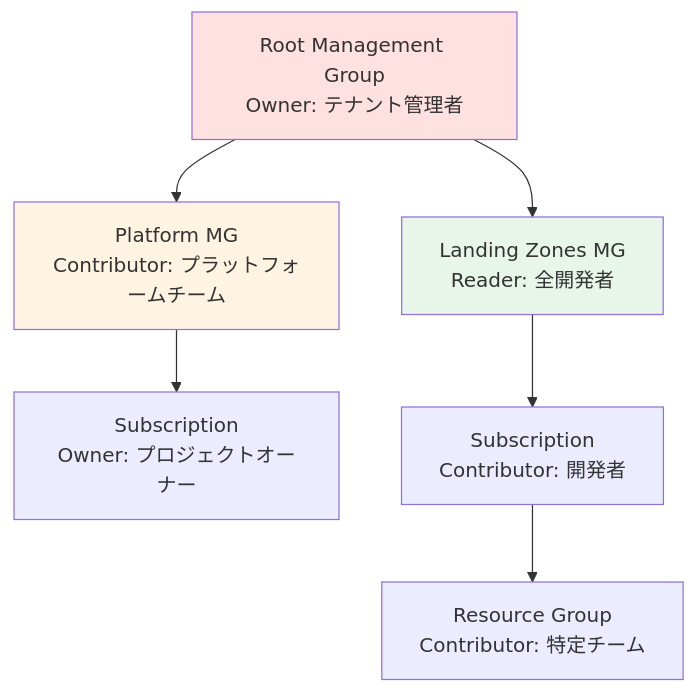
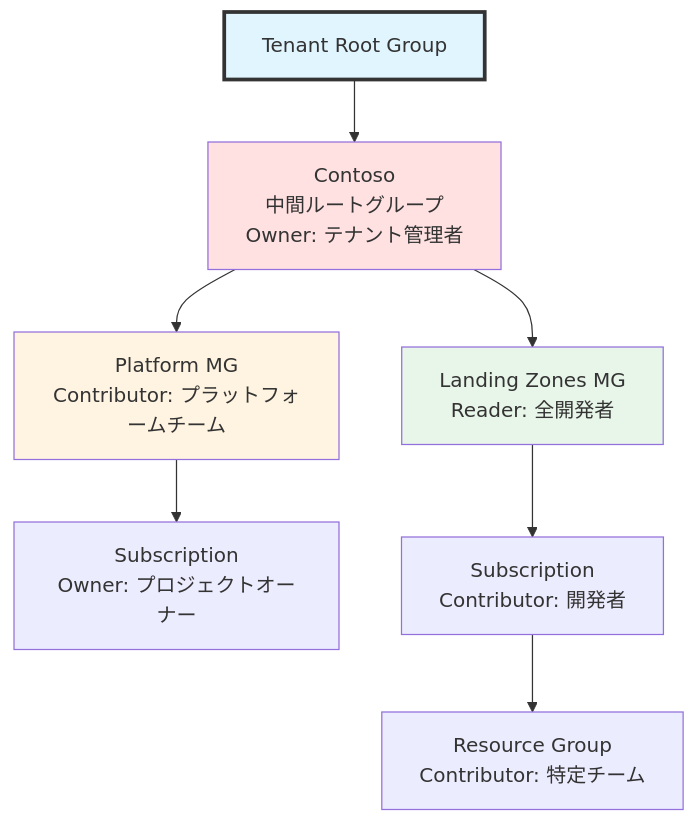
The sixth of 26 diagrams in docs/chapters/chapter03-caf-overview.md (shuhei0720/azure_caf_handson), drawn with Mermaid before and after one commit. The commit also changed other lines of this file and 2 other files, not shown here.

Commit message:
修正: Chapter 3/5/7/18/19の全ての管理グループ階層図とテキストに中間ルートグループを追加

````diff
--- a/docs/chapters/chapter03-caf-overview.md
+++ b/docs/chapters/chapter03-caf-overview.md
@@ -159,23 +159,26 @@
 ```mermaid
 graph TB
-    Root[Root Management Group<br/>Owner: テナント管理者]
+    Root[Tenant Root Group]
+    IntermediateRoot[Contoso<br/>中間ルートグループ<br/>Owner: テナント管理者]
     Platform[Platform MG<br/>Contributor: プラットフォームチーム]
     LZ[Landing Zones MG<br/>Reader: 全開発者]
 
-    Root --> Platform
-    Root --> LZ
+    Root --> IntermediateRoot
+    IntermediateRoot --> Platform
+    IntermediateRoot --> LZ
 
     Sub1[Subscription<br/>Owner: プロジェクトオーナー]
     Sub2[Subscription<br/>Contributor: 開発者]
 
     Platform --> Sub1
     LZ --> Sub2
 
     RG[Resource Group<br/>Contributor: 特定チーム]
 
     Sub2 --> RG
 
-    style Root fill:#ffe1e1
+    style Root fill:#e1f5ff,stroke:#333,stroke-width:3px
+    style IntermediateRoot fill:#ffe1e1
     style Platform fill:#fff4e1
     style LZ fill:#e8f5e9
 ```
````
